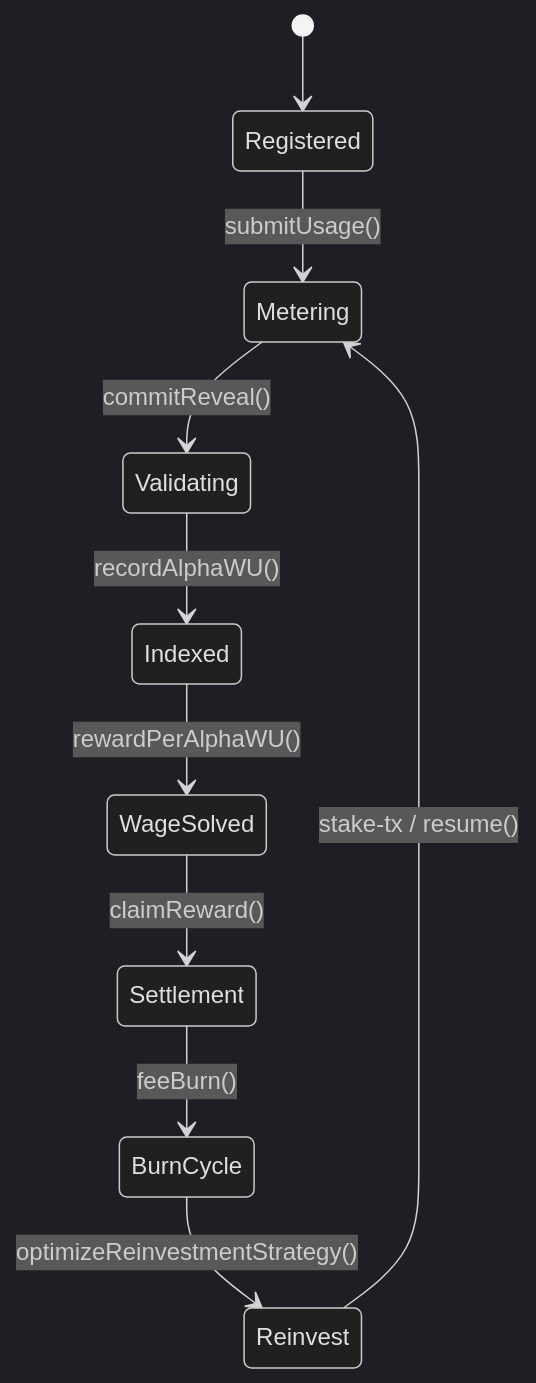
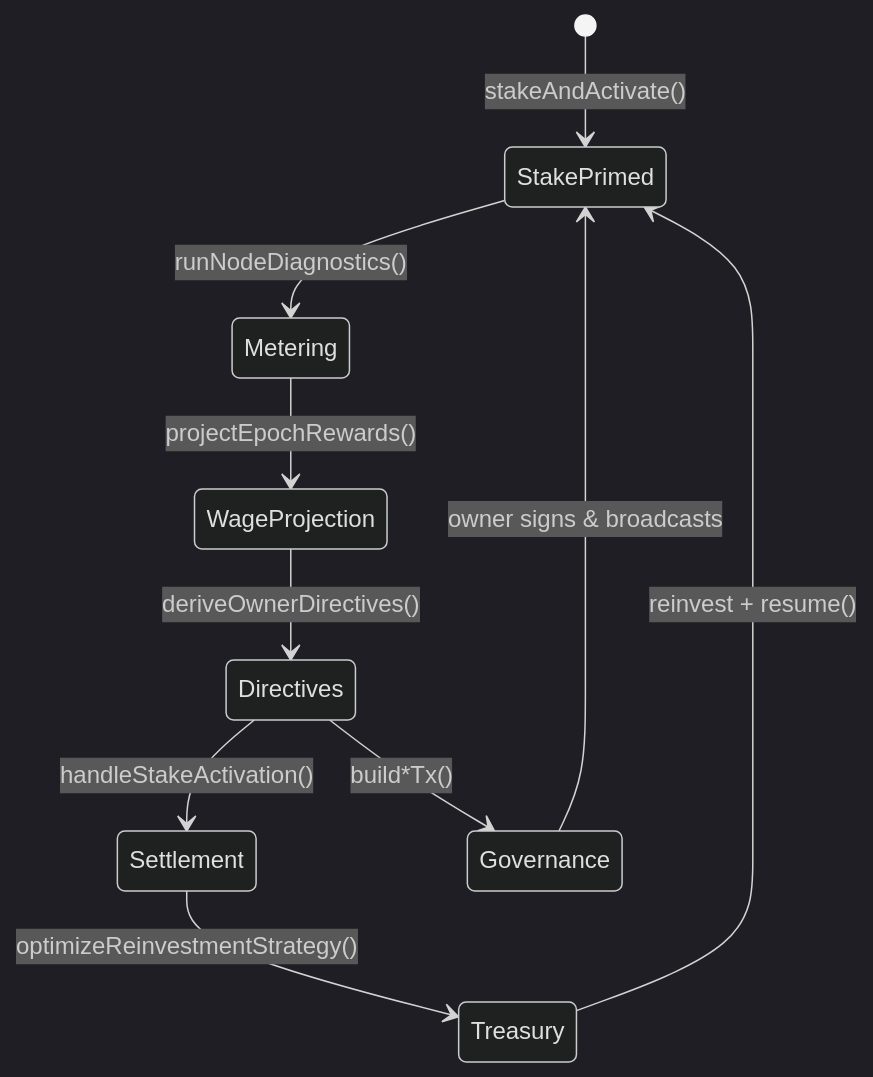
The fourth of 6 diagrams in docs/economics.md (MontrealAI/AGI-Alpha-Node-v0), drawn with Mermaid (dark theme) before and after one commit. The commit also changed other lines of this file and 2 other files, not shown here.

````diff
--- a/docs/economics.md
+++ b/docs/economics.md
@@ -141,12 +155,12 @@
 ```mermaid
 stateDiagram-v2
-    [*] --> Registered
-    Registered --> Metering: submitUsage()
-    Metering --> Validating: commitReveal()
-    Validating --> Indexed: recordAlphaWU()
-    Indexed --> WageSolved: rewardPerAlphaWU()
-    WageSolved --> Settlement: claimReward()
-    Settlement --> BurnCycle: feeBurn()
-    BurnCycle --> Reinvest: optimizeReinvestmentStrategy()
-    Reinvest --> Metering: stake-tx / resume()
+  [*] --> StakePrimed: stakeAndActivate()
+  StakePrimed --> Metering: runNodeDiagnostics()
+  Metering --> WageProjection: projectEpochRewards()
+  WageProjection --> Directives: deriveOwnerDirectives()
+  Directives --> Settlement: handleStakeActivation()
+  Settlement --> Treasury: optimizeReinvestmentStrategy()
+  Treasury --> StakePrimed: reinvest + resume()
+  Directives --> Governance: build*Tx()
+  Governance --> StakePrimed: owner signs & broadcasts
 ```
````
